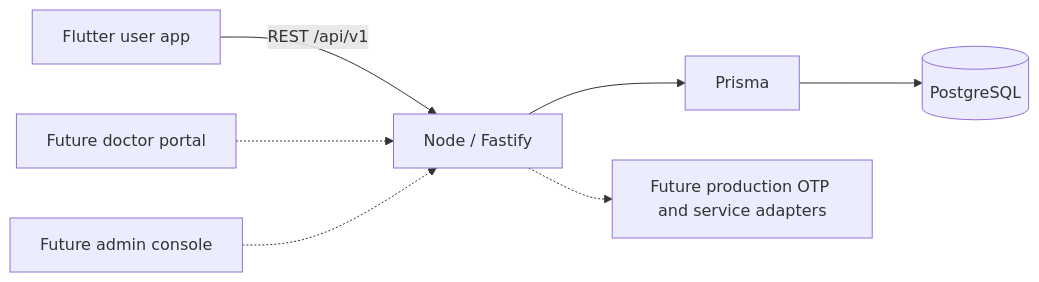
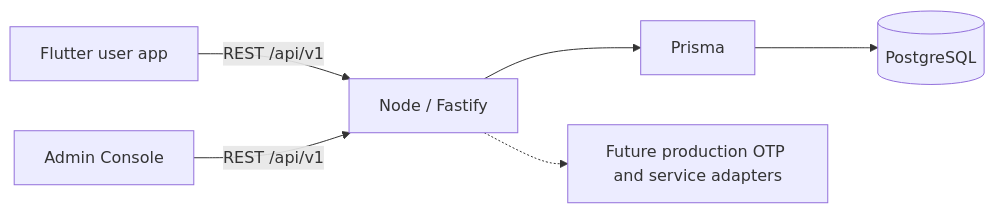
Before and after one commit to maxpasegroup-debug/POCKET-DOCTOR: the diagram in docs/architecture.md, drawn with Mermaid. The commit also changed other lines of this file and 61 other files, not shown here.

````diff
--- a/docs/architecture.md
+++ b/docs/architecture.md
@@ -78,9 +82,8 @@
 ```mermaid
 flowchart LR
   Mobile[Flutter user app] -->|REST /api/v1| API[Node / Fastify]
-  Doctor[Future doctor portal] -.-> API
-  Admin[Future admin console] -.-> API
+  Admin[Admin Console] -->|REST /api/v1| API
   API --> Prisma
   Prisma --> DB[(PostgreSQL)]
   API -.-> Provider[Future production OTP and service adapters]
 ```
````
